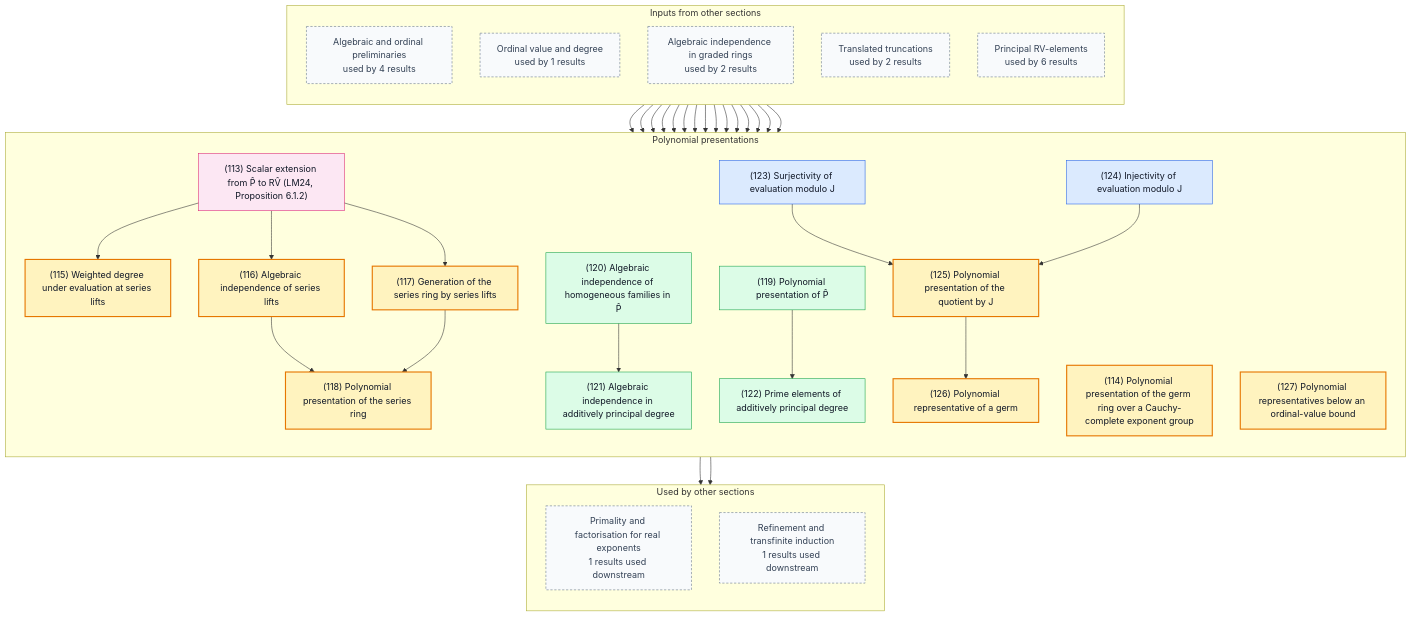
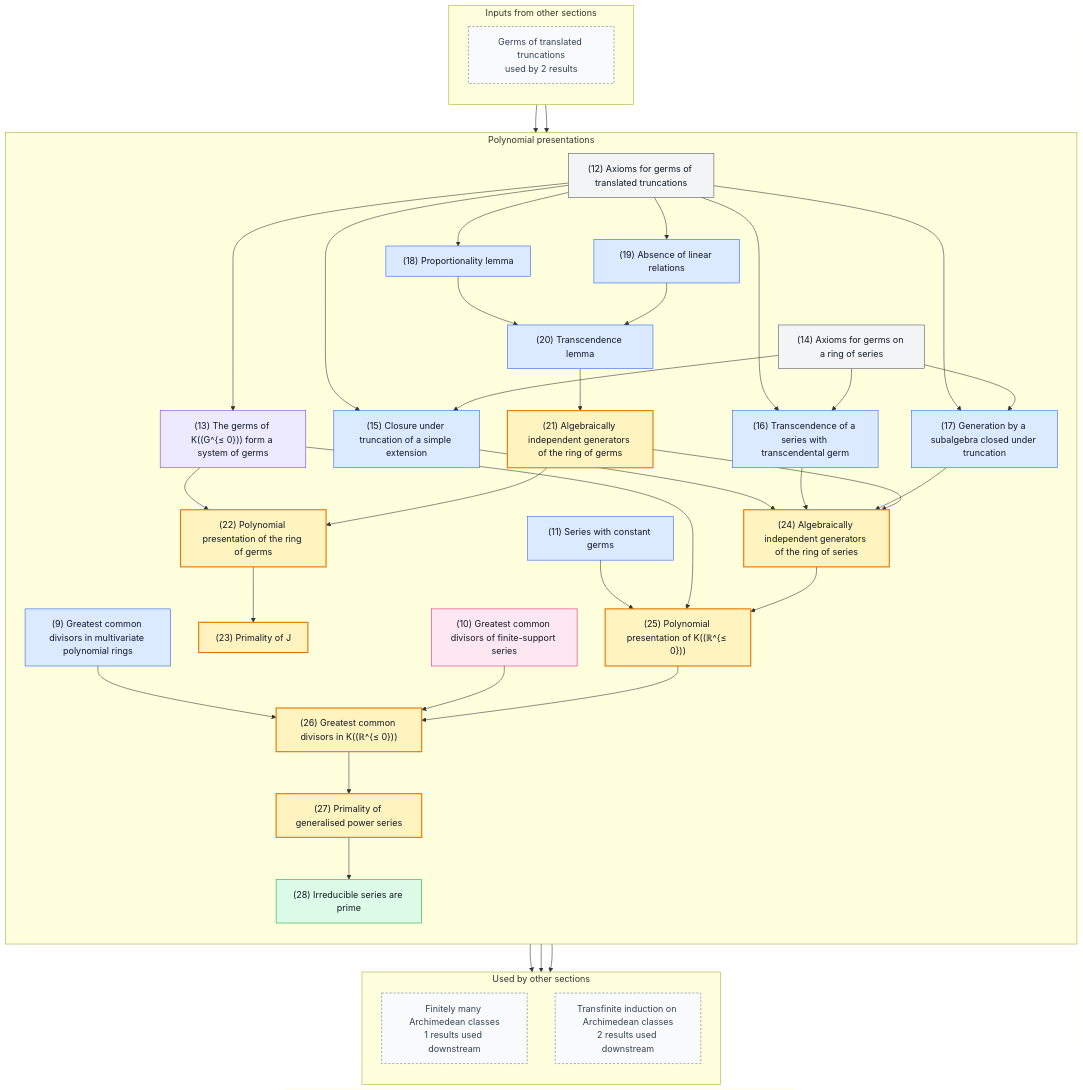
One commit to gaearon/conway-refinement changed the third of 8 diagrams in README.md. Above: the diagram before and after it, drawn with Mermaid. The commit also changed other lines of this file and 82 other files, not shown here.

First line of the commit message:
Reduce along Archimedean classes by one D+M step lemma

```diff
--- a/README.md
+++ b/README.md
@@ -924,78 +276,89 @@
 flowchart TB
   subgraph inputs["Inputs from other sections"]
     direction TB
-    in0["Algebraic and ordinal preliminaries<br/>used by 4 results"]:::boundary
-    in1["Ordinal value and degree<br/>used by 1 results"]:::boundary
-    in2["Algebraic independence in graded rings<br/>used by 2 results"]:::boundary
-    in3["Translated truncations<br/>used by 2 results"]:::boundary
-    in4["Principal RV-elements<br/>used by 6 results"]:::boundary
+    in0["Germs of translated truncations<br/>used by 2 results"]:::boundary
   end
   subgraph current["Polynomial presentations"]
     direction TB
-    n113["(113) Scalar extension from P̂ to RV̂ (LM24, Proposition 6.1.2)"]:::fact
-    n114["(114) Polynomial presentation of the germ ring over a Cauchy-complete exponent group"]:::theorem
-    n115["(115) Weighted degree under evaluation at series lifts"]:::theorem
-    n116["(116) Algebraic independence of series lifts"]:::theorem
-    n117["(117) Generation of the series ring by series lifts"]:::theorem
-    n118["(118) Polynomial presentation of the series ring"]:::theorem
-    n119["(119) Polynomial presentation of P̂"]:::corollary
-    n120["(120) Algebraic independence of homogeneous families in P̂"]:::corollary
-    n121["(121) Algebraic independence in additively principal degree"]:::corollary
-    n122["(122) Prime elements of additively principal degree"]:::corollary
-    n123["(123) Surjectivity of evaluation modulo J"]:::lemma
-    n124["(124) Injectivity of evaluation modulo J"]:::lemma
-    n125["(125) Polynomial presentation of the quotient by J"]:::theorem
-    n126["(126) Polynomial representative of a germ"]:::theorem
-    n127["(127) Polynomial representatives below an ordinal-value bound"]:::theorem
+    n009["(9) Greatest common divisors in multivariate polynomial rings"]:::lemma
+    n010["(10) Greatest common divisors of finite-support series"]:::fact
+    n011["(11) Series with constant germs"]:::lemma
+    n012["(12) Axioms for germs of translated truncations"]:::definition
+    n013["(13) The germs of K((G^{≤ 0})) form a system of germs"]:::proposition
+    n014["(14) Axioms for germs on a ring of series"]:::definition
+    n015["(15) Closure under truncation of a simple extension"]:::lemma
+    n016["(16) Transcendence of a series with transcendental germ"]:::lemma
+    n017["(17) Generation by a subalgebra closed under truncation"]:::lemma
+    n018["(18) Proportionality lemma"]:::lemma
+    n019["(19) Absence of linear relations"]:::lemma
+    n020["(20) Transcendence lemma"]:::lemma
+    n021["(21) Algebraically independent generators of the ring of germs"]:::theorem
+    n022["(22) Polynomial presentation of the ring of germs"]:::theorem
+    n023["(23) Primality of J"]:::theorem
+    n024["(24) Algebraically independent generators of the ring of series"]:::theorem
+    n025["(25) Polynomial presentation of K((ℝ^{≤ 0}))"]:::theorem
+    n026["(26) Greatest common divisors in K((ℝ^{≤ 0}))"]:::theorem
+    n027["(27) Primality of generalised power series"]:::theorem
+    n028["(28) Irreducible series are prime"]:::corollary
   end
   subgraph outputs["Used by other sections"]
     direction TB
-    out0["Primality and factorisation for real exponents<br/>1 results used downstream"]:::boundary
-    out1["Refinement and transfinite induction<br/>1 results used downstream"]:::boundary
+    out0["Finitely many Archimedean classes<br/>1 results used downstream"]:::boundary
+    out1["Transfinite induction on Archimedean classes<br/>2 results used downstream"]:::boundary
   end
 
-  n113 --> n115
-  n113 --> n116
-  n113 --> n117
-  n116 --> n118
-  n117 --> n118
-  n120 --> n121
-  n119 --> n122
-  n123 --> n125
-  n124 --> n125
-  n125 --> n126
-  in1 --> n113
-  in0 --> n114
-  in2 --> n114
-  in4 --> n115
-  in4 --> n116
-  in0 --> n117
-  in4 --> n117
-  in4 --> n119
-  in0 --> n120
-  in4 --> n120
-  in0 --> n122
-  in3 --> n123
-  in2 --> n124
-  in4 --> n124
-  in3 --> n127
-  n118 --> out0
-  n114 --> out1
-  click n113 "https://gaearon.github.io/conway-refinement/#/result/principal-subring-tensor-decomposition" "Open the statement for fact 113"
-  click n114 "https://gaearon.github.io/conway-refinement/#/result/complete-hahn-germ-polynomial-algebra" "Open the statement for theorem 114"
-  click n115 "https://gaearon.github.io/conway-refinement/#/result/series-polynomial-degree" "Open the statement for theorem 115"
-  click n116 "https://gaearon.github.io/conway-refinement/#/result/series-lifts-algebraically-independent" "Open the statement for theorem 116"
-  click n117 "https://gaearon.github.io/conway-refinement/#/result/series-lifts-generate-series-ring" "Open the statement for theorem 117"
-  click n118 "https://gaearon.github.io/conway-refinement/#/result/hahn-series-polynomial-algebra" "Open the statement for theorem 118"
-  click n119 "https://gaearon.github.io/conway-refinement/#/result/principal-subring-polynomial-algebra" "Open the statement for corollary 119"
-  click n120 "https://gaearon.github.io/conway-refinement/#/result/independent-homogeneous-family" "Open the statement for corollary 120"
-  click n121 "https://gaearon.github.io/conway-refinement/#/result/principal-degree-linear-independence" "Open the statement for corollary 121"
-  click n122 "https://gaearon.github.io/conway-refinement/#/result/prime-at-principal-degree" "Open the statement for corollary 122"
-  click n123 "https://gaearon.github.io/conway-refinement/#/result/ordinal-value-quotient-evaluation-surjective" "Open the statement for lemma 123"
-  click n124 "https://gaearon.github.io/conway-refinement/#/result/ordinal-value-quotient-evaluation-injective" "Open the statement for lemma 124"
-  click n125 "https://gaearon.github.io/conway-refinement/#/result/ordinal-value-quotient" "Open the statement for theorem 125"
-  click n126 "https://gaearon.github.io/conway-refinement/#/result/ordinal-value-quotient-polynomial-representative" "Open the statement for theorem 126"
-  click n127 "https://gaearon.github.io/conway-refinement/#/result/ordinal-value-quotient-filtration" "Open the statement for theorem 127"
+  n012 --> n013
+  n012 --> n015
+  n014 --> n015
+  n012 --> n016
+  n014 --> n016
+  n012 --> n017
+  n014 --> n017
+  n012 --> n018
+  n012 --> n019
+  n018 --> n020
+  n019 --> n020
+  n020 --> n021
+  n013 --> n022
+  n021 --> n022
+  n022 --> n023
+  n015 --> n024
+  n016 --> n024
+  n017 --> n024
+  n021 --> n024
+  n011 --> n025
+  n013 --> n025
+  n024 --> n025
+  n009 --> n026
+  n010 --> n026
+  n025 --> n026
+  n026 --> n027
+  n027 --> n028
+  in0 --> n011
+  in0 --> n013
+  n027 --> out0
+  n023 --> out1
+  n022 --> out1
+  click n009 "https://gaearon.github.io/conway-refinement/#/result/multivariate-polynomial-gcd" "Open the statement for lemma 9"
+  click n010 "https://gaearon.github.io/conway-refinement/#/result/finite-support-hahn-gcd" "Open the statement for fact 10"
+  click n011 "https://gaearon.github.io/conway-refinement/#/result/constant-germs-finite-support" "Open the statement for lemma 11"
+  click n012 "https://gaearon.github.io/conway-refinement/#/result/germ-axioms" "Open the statement for definition 12"
+  click n013 "https://gaearon.github.io/conway-refinement/#/result/hahn-germs-axioms" "Open the statement for proposition 13"
+  click n014 "https://gaearon.github.io/conway-refinement/#/result/series-germ-axioms" "Open the statement for definition 14"
+  click n015 "https://gaearon.github.io/conway-refinement/#/result/truncation-closed-adjunction" "Open the statement for lemma 15"
+  click n016 "https://gaearon.github.io/conway-refinement/#/result/transcendence-of-series" "Open the statement for lemma 16"
+  click n017 "https://gaearon.github.io/conway-refinement/#/result/generation" "Open the statement for lemma 17"
+  click n018 "https://gaearon.github.io/conway-refinement/#/result/proportionality" "Open the statement for lemma 18"
+  click n019 "https://gaearon.github.io/conway-refinement/#/result/no-linear-relations" "Open the statement for lemma 19"
+  click n020 "https://gaearon.github.io/conway-refinement/#/result/transcendence" "Open the statement for lemma 20"
+  click n021 "https://gaearon.github.io/conway-refinement/#/result/germ-ring-generators" "Open the statement for theorem 21"
+  click n022 "https://gaearon.github.io/conway-refinement/#/result/complete-hahn-germ-polynomial-algebra" "Open the statement for theorem 22"
+  click n023 "https://gaearon.github.io/conway-refinement/#/result/bounded-away-ideal-prime" "Open the statement for theorem 23"
+  click n024 "https://gaearon.github.io/conway-refinement/#/result/series-ring-generators" "Open the statement for theorem 24"
+  click n025 "https://gaearon.github.io/conway-refinement/#/result/hahn-series-polynomial-algebra" "Open the statement for theorem 25"
+  click n026 "https://gaearon.github.io/conway-refinement/#/result/hahn-series-gcd-domain" "Open the statement for theorem 26"
+  click n027 "https://gaearon.github.io/conway-refinement/#/result/hahn-series-primality" "Open the statement for theorem 27"
+  click n028 "https://gaearon.github.io/conway-refinement/#/result/hahn-series-irreducible-is-prime" "Open the statement for corollary 28"
 
   classDef theorem fill:#fff3bf,stroke:#e67700,stroke-width:2px,color:#111827
   classDef definition fill:#f3f4f6,stroke:#4b5563,color:#111827
```
